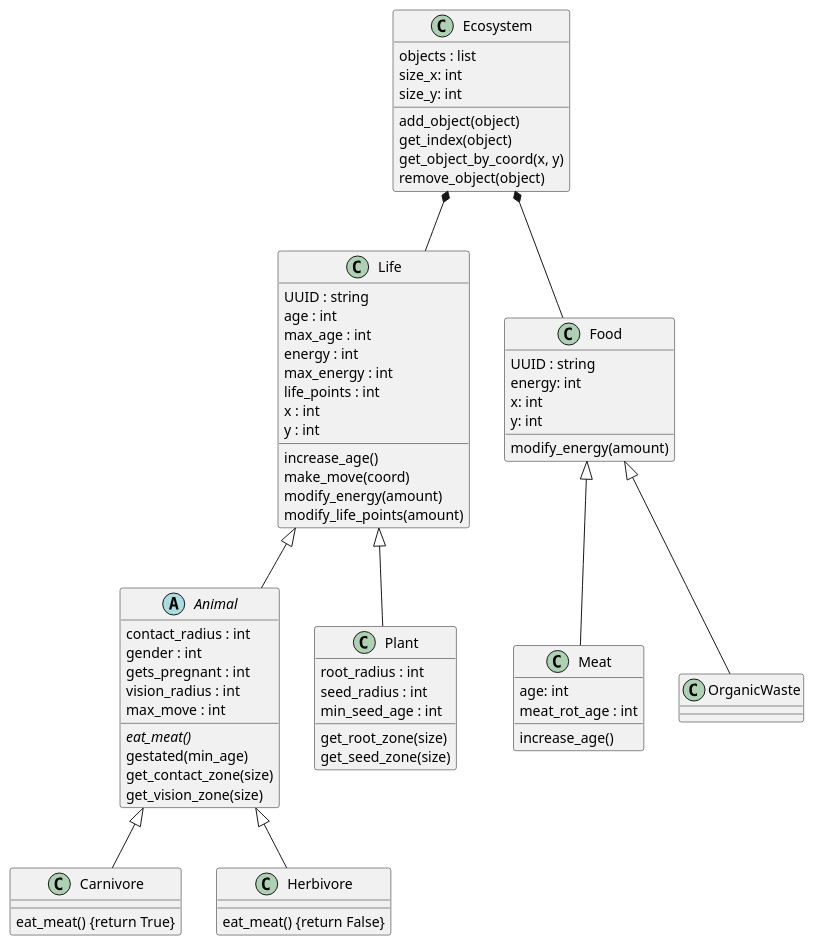
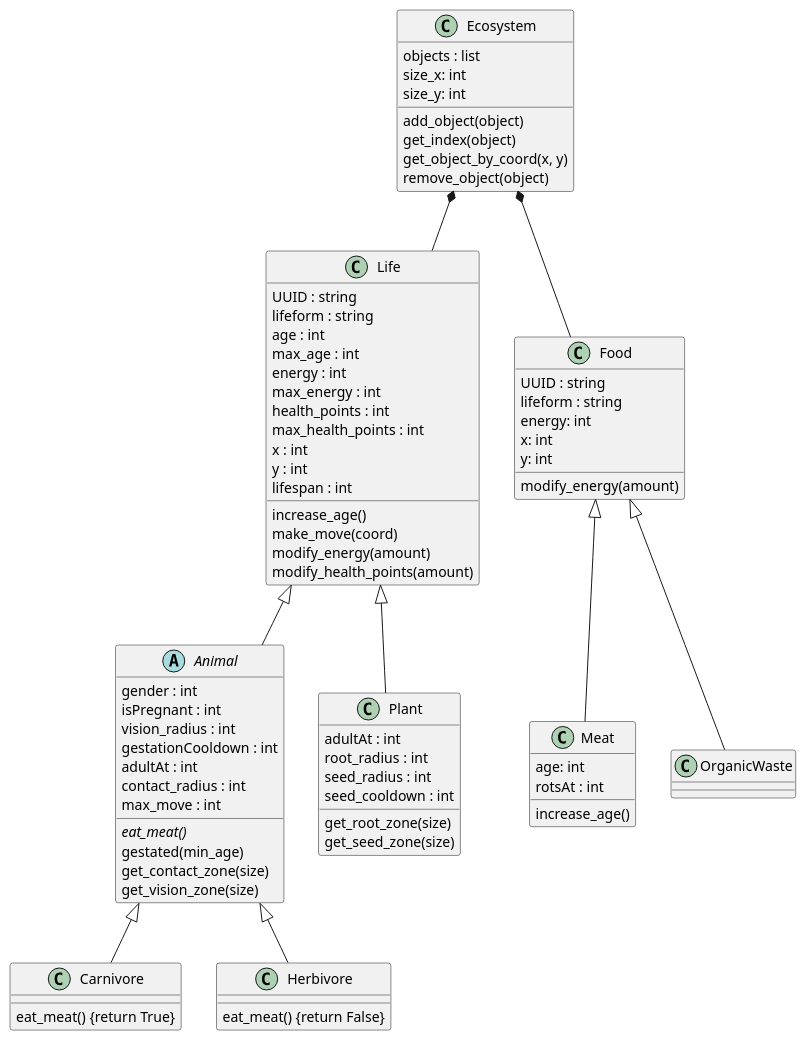
Before and after one commit to fred-corp/Ecosystem_PO3L_ECAM: the diagram in development/class_diagram.plantuml, drawn with PlantUML. The commit also changed 5 other files, not shown here.

Commit message:
update diagrams

```diff
--- a/development/class_diagram.plantuml
+++ b/development/class_diagram.plantuml
@@ -1,81 +1,88 @@
 @startuml classes_classes
 set namespaceSeparator none
 skinparam backgroundcolor transparent
 
 class "Ecosystem" as classes.ecosystem.Ecosystem {
   objects : list
   size_x: int
   size_y: int
   add_object(object)
   get_index(object)
   get_object_by_coord(x, y)
   remove_object(object)
 }
 
 class "Life" as classes.life.Life {
   UUID : string
+  lifeform : string
   age : int
   max_age : int
   energy : int
   max_energy : int
-  life_points : int
+  health_points : int
+  max_health_points : int
   x : int
   y : int
+  lifespan : int
   increase_age()
   make_move(coord)
   modify_energy(amount)
-  modify_life_points(amount)
+  modify_health_points(amount)
 }
 
 class "Food" as classes.food.Food {
   UUID : string
+  lifeform : string
   energy: int
   x: int
   y: int
   modify_energy(amount)
 }
 
 abstract class "Animal" as classes.animal.Animal {
+  gender : int
+  isPregnant : int
+  vision_radius : int
+  gestationCooldown : int
+  adultAt : int
   contact_radius : int
-  gender : int
-  gets_pregnant : int
-  vision_radius : int
   max_move : int
   {abstract} eat_meat()
   gestated(min_age)
   get_contact_zone(size)
   get_vision_zone(size)
 }
 
 class "Carnivore" as classes.carnivore.Carnivore {
   eat_meat() {return True}
 }
 
 class "Herbivore" as classes.herbivore.Herbivore {
   eat_meat() {return False}
 }
 
 class "Meat" as classes.meat.Meat {
   age: int
-  meat_rot_age : int
+  rotsAt : int
   increase_age()
 }
 class "OrganicWaste" as classes.organic_waste.OrganicWaste {
 }
 class "Plant" as classes.plant.Plant {
+  adultAt : int
   root_radius : int
   seed_radius : int
-  min_seed_age : int
+  seed_cooldown : int
   get_root_zone(size)
   get_seed_zone(size)
 }
 
 classes.ecosystem.Ecosystem *-- classes.life.Life
 classes.ecosystem.Ecosystem *-- classes.food.Food
 classes.life.Life <|-- classes.animal.Animal
 classes.life.Life <|-- classes.plant.Plant
 classes.food.Food <|-- classes.meat.Meat
 classes.food.Food <|-- classes.organic_waste.OrganicWaste
 classes.animal.Animal <|-- classes.carnivore.Carnivore
 classes.animal.Animal <|-- classes.herbivore.Herbivore
 @enduml
```
